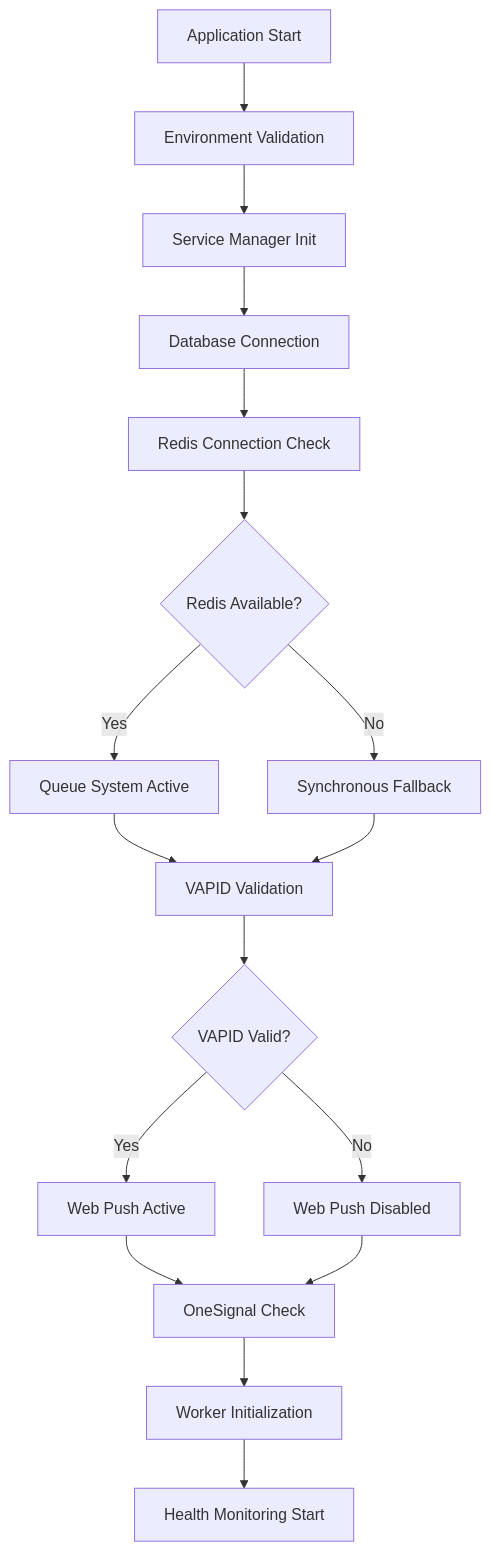
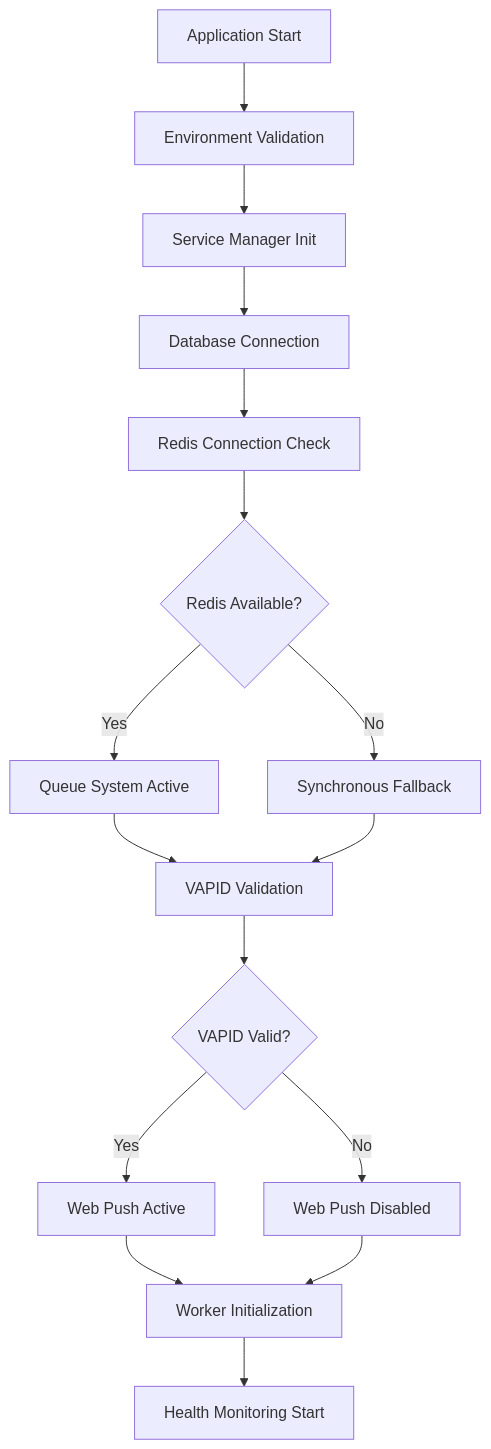
The diagram in SERVICE_INTEGRATION_FIXES.md (iwent-com-tr/bilet-demo), drawn with Mermaid before and after one commit. The commit also changed other lines of this file and 37 other files, not shown here.

Commit message:
OneSignal Completely Removed

````diff
--- a/SERVICE_INTEGRATION_FIXES.md
+++ b/SERVICE_INTEGRATION_FIXES.md
@@ -69,19 +68,18 @@
 ```mermaid
 graph TB
     A[Application Start] --> B[Environment Validation]
     B --> C[Service Manager Init]
     C --> D[Database Connection]
     D --> E[Redis Connection Check]
     E --> F{Redis Available?}
     F -->|Yes| G[Queue System Active]
     F -->|No| H[Synchronous Fallback]
     G --> I[VAPID Validation]
     H --> I
     I --> J{VAPID Valid?}
     J -->|Yes| K[Web Push Active]
     J -->|No| L[Web Push Disabled]
-    K --> M[OneSignal Check]
+    K --> M[Worker Initialization]
     L --> M
-    M --> N[Worker Initialization]
-    N --> O[Health Monitoring Start]
+    M --> N[Health Monitoring Start]
 ```
````
